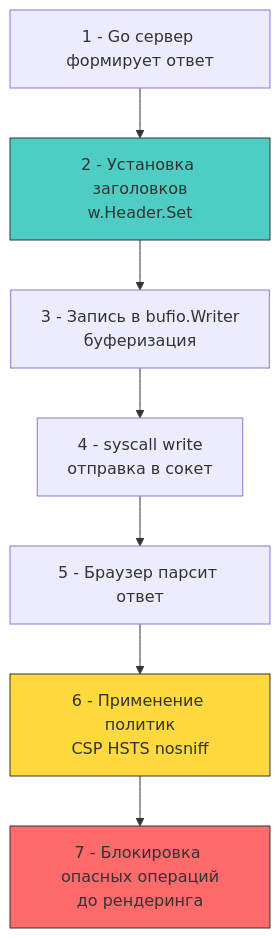
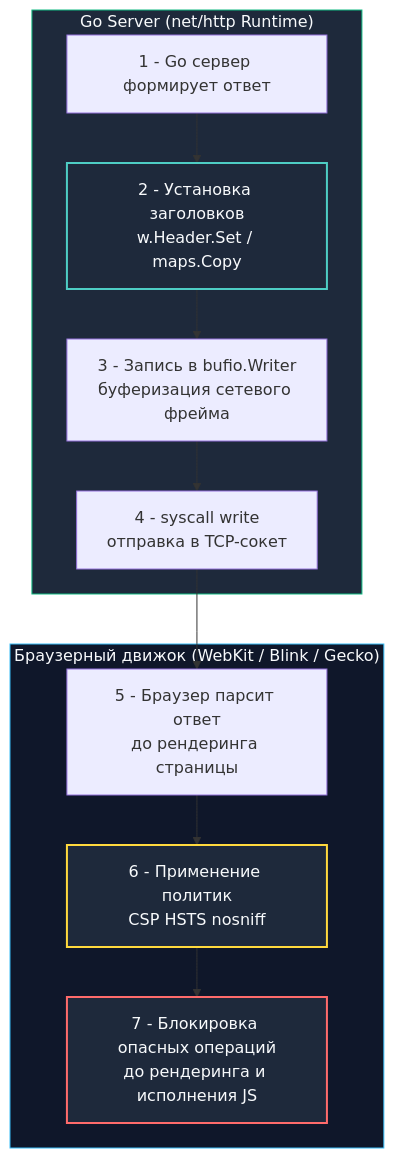
Before and after one commit to UnrealTemplier/go-textbook: the diagram in sources/17. Безопасность (AppSec в Go)/05. Безопасность API/6. Secure headers.md, drawn with Mermaid. The commit also changed other lines of this file, not shown here.

````diff
--- a/sources/17. Безопасность (AppSec в Go)/05. Безопасность API/6. Secure headers.md
+++ b/sources/17. Безопасность (AppSec в Go)/05. Безопасность API/6. Secure headers.md
@@ -5,13 +11,20 @@
 ```mermaid
 flowchart TD
-    A["1 - Go сервер формирует ответ"] --> B["2 - Установка заголовков<br>w.Header.Set"]
-    B --> C["3 - Запись в bufio.Writer<br>буферизация"]
-    C --> D["4 - syscall write<br>отправка в сокет"]
-    D --> E["5 - Браузер парсит ответ"]
-    E --> F["6 - Применение политик<br>CSP HSTS nosniff"]
-    F --> G["7 - Блокировка опасных операций<br>до рендеринга"]
-    
-    style B fill:#4ecdc4,stroke:#333
-    style F fill:#ffd93d,stroke:#333
-    style G fill:#ff6b6b,stroke:#333
+    subgraph GoBackend["Go Server (net/http Runtime)"]
+        A["1 - Go сервер формирует ответ"] --> B["2 - Установка заголовков<br/>w.Header.Set / maps.Copy"]
+        B --> C["3 - Запись в bufio.Writer<br/>буферизация сетевого фрейма"]
+        C --> D["4 - syscall write<br/>отправка в TCP-сокет"]
+    end
+
+    subgraph BrowserEngine["Браузерный движок (WebKit / Blink / Gecko)"]
+        D --> E["5 - Браузер парсит ответ<br/>до рендеринга страницы"]
+        E --> F["6 - Применение политик<br/>CSP HSTS nosniff"]
+        F --> G["7 - Блокировка опасных операций<br/>до рендеринга и исполнения JS"]
+    end
+
+    style GoBackend fill:#1e293b,stroke:#10b981,stroke-width:1px,color:#f8fafc
+    style BrowserEngine fill:#0f172a,stroke:#38bdf8,stroke-width:1px,color:#f8fafc
+    style B fill:#1e293b,stroke:#4ecdc4,stroke-width:2px,color:#f8fafc
+    style F fill:#1e293b,stroke:#ffd93d,stroke-width:2px,color:#f8fafc
+    style G fill:#1e293b,stroke:#ff6b6b,stroke-width:2px,color:#f8fafc
 ```
````
